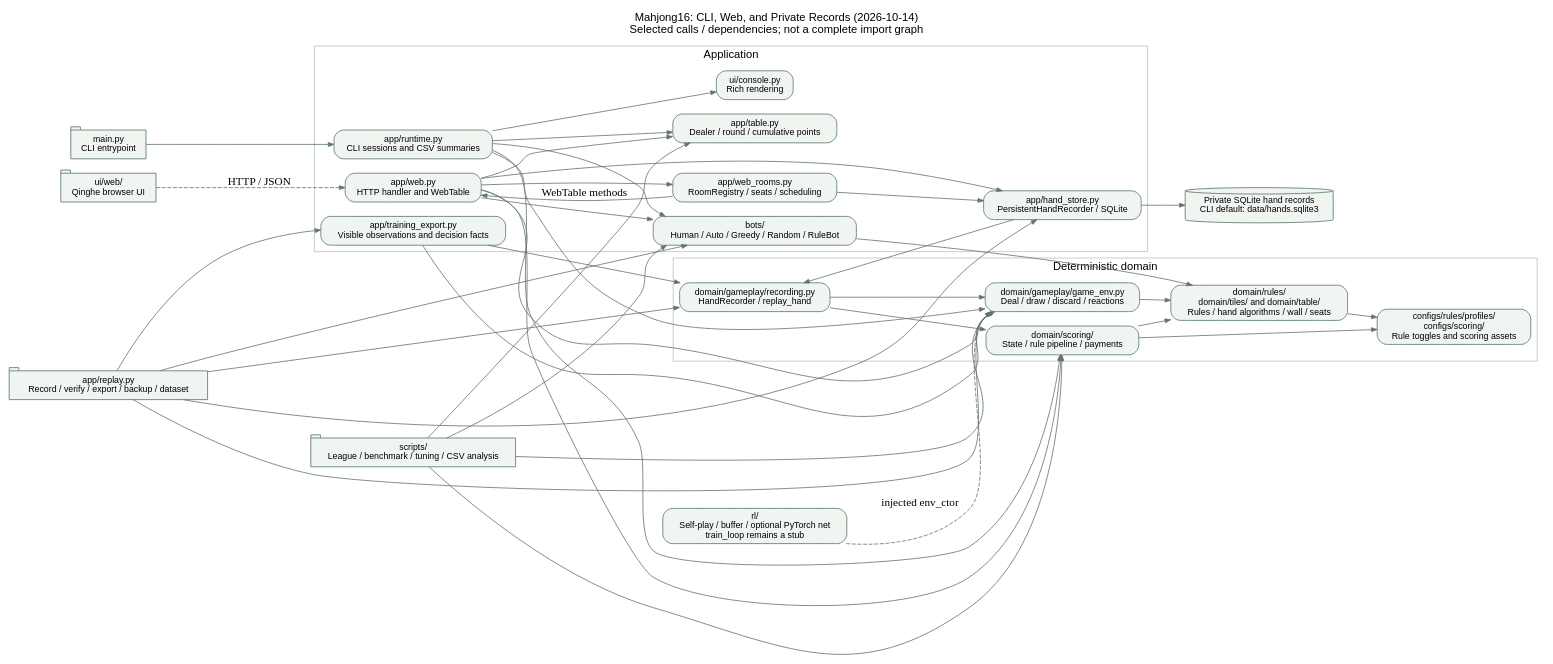
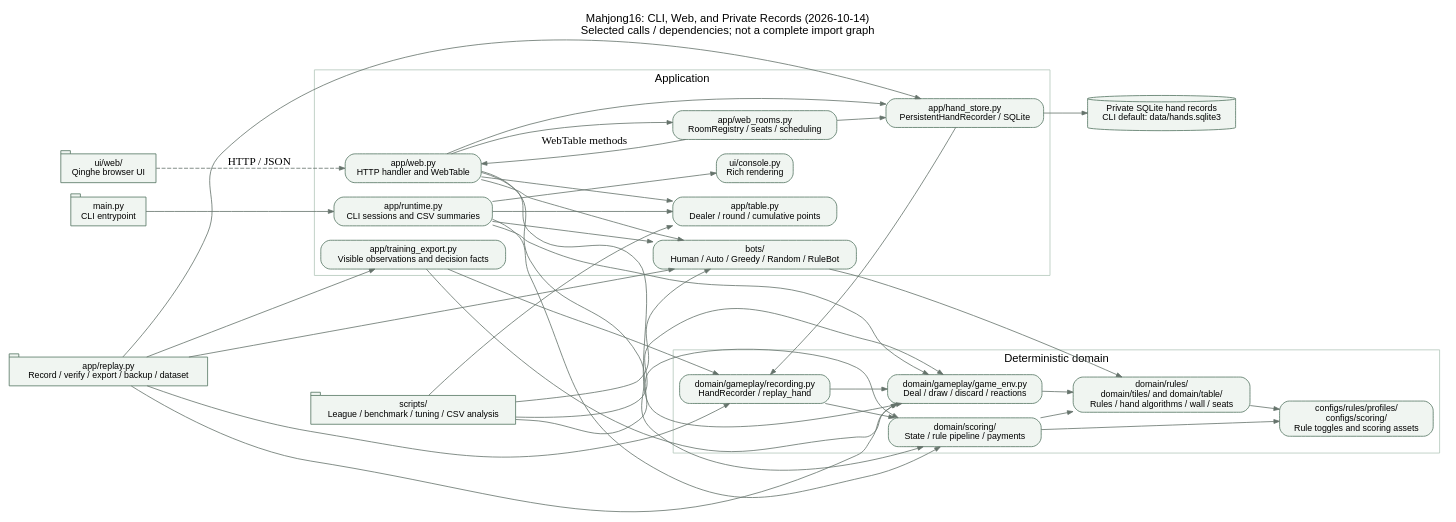
Before and after one commit to yuweiiihuang/mahjong16: the diagram in docs/architecture/diagram.gv, drawn with Graphviz. The commit also changed 34 other files, not shown here.

```diff
--- a/docs/architecture/diagram.gv
+++ b/docs/architecture/diagram.gv
@@ -1,54 +1,52 @@
 // Selected calls and dependencies; arrows point from caller to service/dependency.
 // Regenerate from the repository root: dot -Tpng docs/architecture/diagram.gv -o docs/architecture/diagram.png
 digraph Mahjong16 {
     graph [rankdir=LR, fontname="Helvetica", fontsize=14, labelloc="t",
            label="Mahjong16: CLI, Web, and Private Records (2026-10-14)\nSelected calls / dependencies; not a complete import graph"];
     node [shape=box, fontname="Helvetica", fontsize=11, style="rounded,filled",
           fillcolor="#f0f5f1", color="#557563"];
     edge [color="#65736b", arrowsize=0.7];
 
     cli [label="main.py\nCLI entrypoint", shape=tab];
     browser [label="ui/web/\nQinghe browser UI", shape=tab];
     replay [label="app/replay.py\nRecord / verify / export / backup / dataset", shape=tab];
     scripts [label="scripts/\nLeague / benchmark / tuning / CSV analysis", shape=tab];
 
     subgraph cluster_app {
         label="Application"; color="#b3c7ba";
         runtime [label="app/runtime.py\nCLI sessions and CSV summaries"];
         console [label="ui/console.py\nRich rendering"];
         web [label="app/web.py\nHTTP handler and WebTable"];
         rooms [label="app/web_rooms.py\nRoomRegistry / seats / scheduling"];
         store [label="app/hand_store.py\nPersistentHandRecorder / SQLite"];
         dataset [label="app/training_export.py\nVisible observations and decision facts"];
         table [label="app/table.py\nDealer / round / cumulative points"];
         bots [label="bots/\nHuman / Auto / Greedy / Random / RuleBot"];
     }
     subgraph cluster_domain {
         label="Deterministic domain"; color="#b3c7ba";
         env [label="domain/gameplay/game_env.py\nDeal / draw / discard / reactions"];
         rules [label="domain/rules/\ndomain/tiles/ and domain/table/\nRules / hand algorithms / wall / seats"];
         scoring [label="domain/scoring/\nState / rule pipeline / payments"];
         recording [label="domain/gameplay/recording.py\nHandRecorder / replay_hand"];
         configs [label="configs/rules/profiles/\nconfigs/scoring/\nRule toggles and scoring assets"];
     }
-    rl [label="rl/\nSelf-play / buffer / optional PyTorch net\ntrain_loop remains a stub"];
     sqlite [label="Private SQLite hand records\nCLI default: data/hands.sqlite3", shape=cylinder];
 
     cli -> runtime;
     runtime -> {console table bots env scoring};
     browser -> web [label="HTTP / JSON", style=dashed];
     web -> {rooms store table bots env scoring};
     rooms -> web [label="WebTable methods"];
     rooms -> store;
     store -> recording;
     store -> sqlite;
     replay -> {store recording dataset bots env};
     dataset -> {recording env};
     recording -> {env scoring};
     env -> rules;
     scoring -> {rules configs};
     rules -> configs;
     bots -> rules;
     scripts -> {table bots env scoring};
-    rl -> env [label="injected env_ctor", style=dashed];
 }
```
